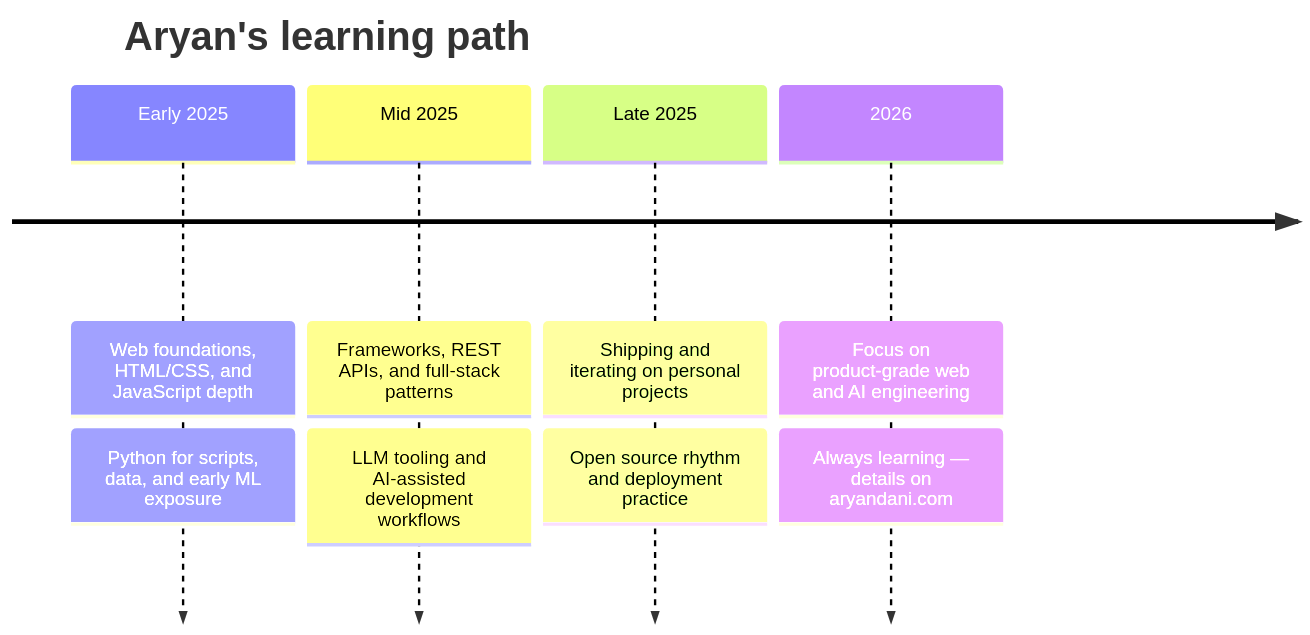
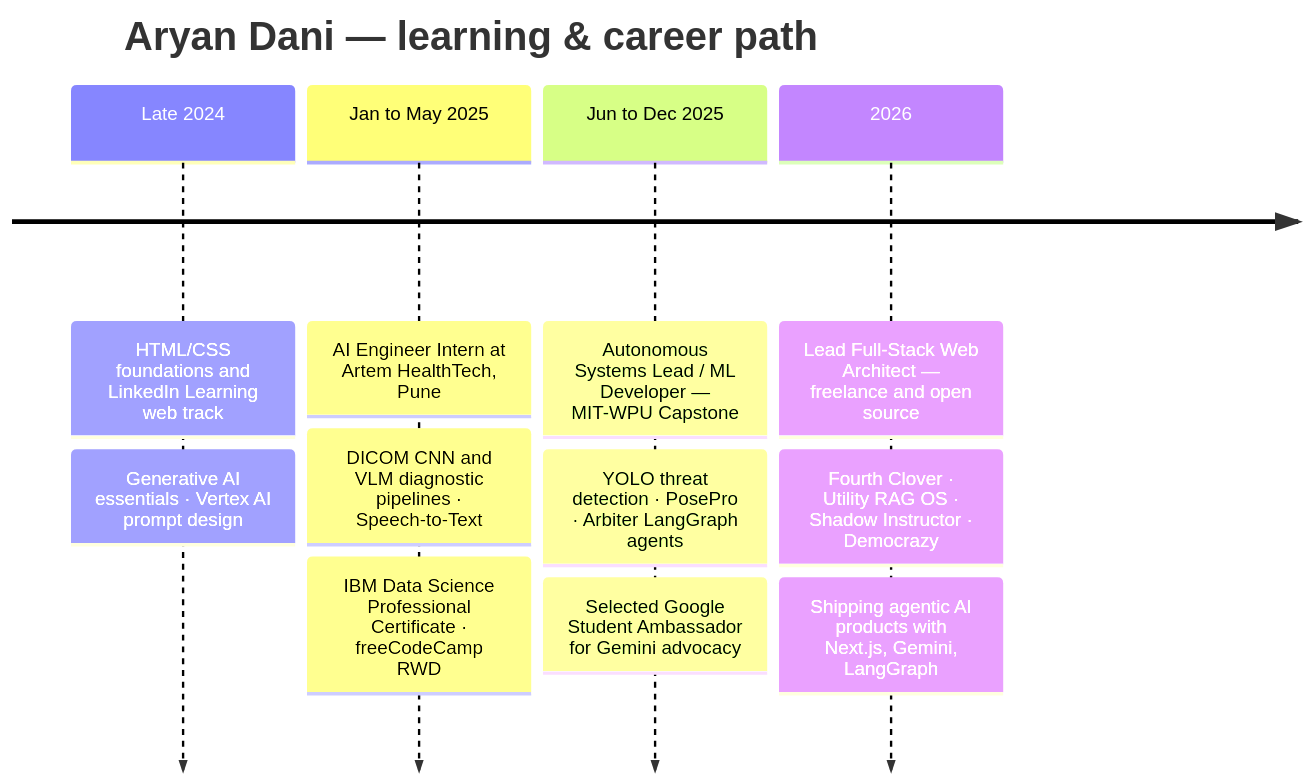
Before and after one commit to aryan-dani/aryan-dani: the diagram in README.md, drawn with Mermaid. The commit also changed other lines of this file, not shown here.

Commit message:
Update profile journey from portfolio data and drop typing SVGs.
Timeline now mirrors Artem, MIT-WPU, and 2026 shipping work; Interactive CLI badge links to the real playground since GitHub READMEs cannot run interactive JS.

````diff
--- a/README.md
+++ b/README.md
@@ -30,16 +32,19 @@
 ```mermaid
 timeline
-    title Aryan's learning path
-    Early 2025
-        : Web foundations, HTML/CSS, and JavaScript depth
-        : Python for scripts, data, and early ML exposure
-    Mid 2025
-        : Frameworks, REST APIs, and full-stack patterns
-        : LLM tooling and AI-assisted development workflows
-    Late 2025
-        : Shipping and iterating on personal projects
-        : Open source rhythm and deployment practice
+    title Aryan Dani — learning & career path
+    Late 2024
+        : HTML/CSS foundations and LinkedIn Learning web track
+        : Generative AI essentials · Vertex AI prompt design
+    Jan to May 2025
+        : AI Engineer Intern at Artem HealthTech, Pune
+        : DICOM CNN and VLM diagnostic pipelines · Speech-to-Text
+        : IBM Data Science Professional Certificate · freeCodeCamp RWD
+    Jun to Dec 2025
+        : Autonomous Systems Lead / ML Developer — MIT-WPU Capstone
+        : YOLO threat detection · PosePro · Arbiter LangGraph agents
+        : Selected Google Student Ambassador for Gemini advocacy
     2026
-        : Focus on product-grade web and AI engineering
-        : Always learning — details on aryandani.com
+        : Lead Full-Stack Web Architect — freelance and open source
+        : Fourth Clover · Utility RAG OS · Shadow Instructor · Democrazy
+        : Shipping agentic AI products with Next.js, Gemini, LangGraph
 ```
````
